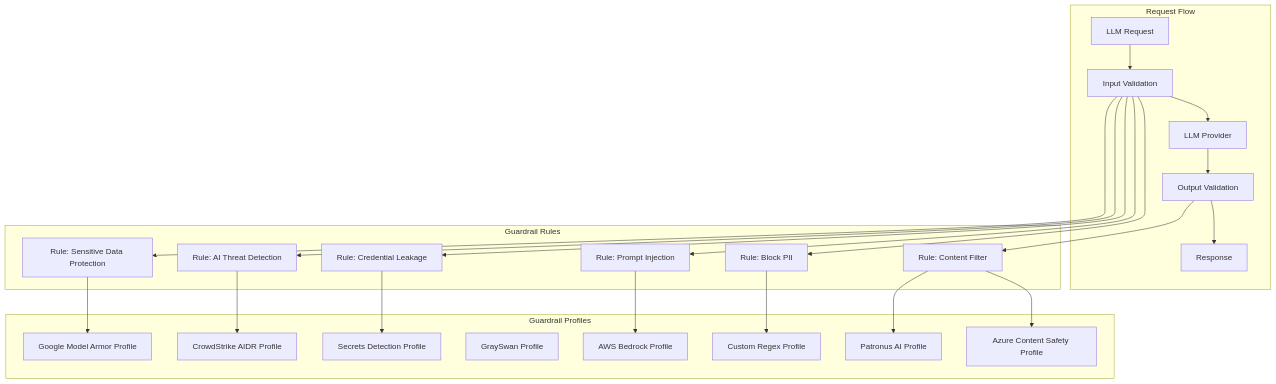
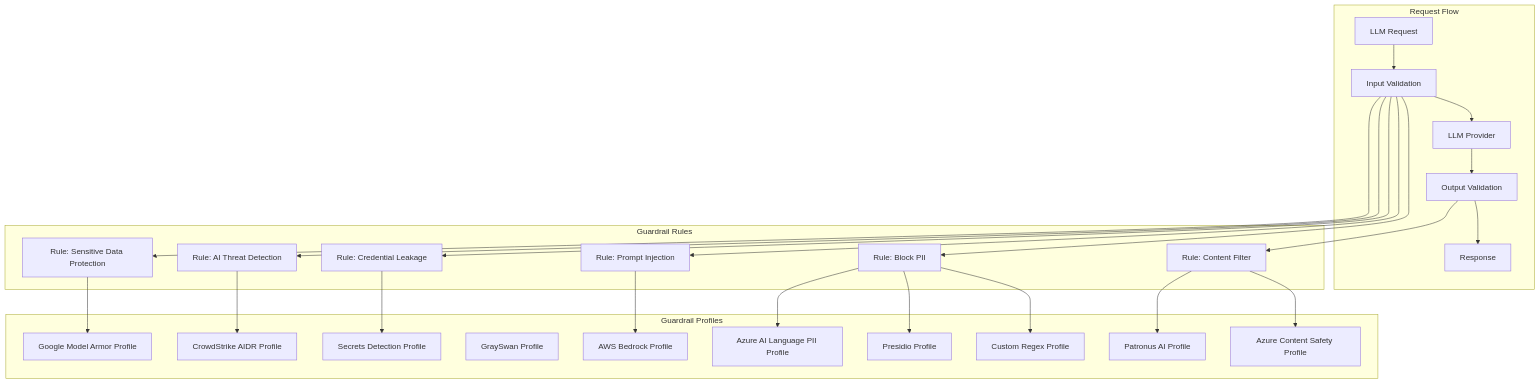
The diagram in docs/enterprise/guardrails.mdx (akhsaul/bifrost), drawn with Mermaid before and after one commit. The commit also changed other lines of this file and 16 other files, not shown here.

````diff
--- a/docs/enterprise/guardrails.mdx
+++ b/docs/enterprise/guardrails.mdx
@@ -85,44 +102,48 @@
 ```mermaid
 flowchart TB
     subgraph request_flow [Request Flow]
         Request[LLM Request] --> InputValidation[Input Validation]
         InputValidation --> LLMProvider[LLM Provider]
         LLMProvider --> OutputValidation[Output Validation]
         OutputValidation --> Response[Response]
     end
 
     subgraph rules [Guardrail Rules]
         Rule1[Rule: Block PII]
         Rule2[Rule: Content Filter]
         Rule3[Rule: Prompt Injection]
         Rule4[Rule: Credential Leakage]
         Rule5[Rule: AI Threat Detection]
         Rule6[Rule: Sensitive Data Protection]
     end
 
     subgraph profiles [Guardrail Profiles]
         Profile1[AWS Bedrock Profile]
         Profile2[Azure Content Safety Profile]
         Profile3[Patronus AI Profile]
         Profile4[GraySwan Profile]
         Profile5[Secrets Detection Profile]
         Profile6[Custom Regex Profile]
         Profile7[CrowdStrike AIDR Profile]
         Profile8[Google Model Armor Profile]
+        Profile9[Presidio Profile]
+        Profile10[Azure AI Language PII Profile]
     end
 
     InputValidation --> Rule1
     InputValidation --> Rule3
     InputValidation --> Rule4
     InputValidation --> Rule5
     InputValidation --> Rule6
     OutputValidation --> Rule2
 
     Rule1 --> Profile6
+    Rule1 --> Profile9
+    Rule1 --> Profile10
     Rule2 --> Profile2
     Rule2 --> Profile3
     Rule3 --> Profile1
     Rule4 --> Profile5
     Rule5 --> Profile7
     Rule6 --> Profile8
 ```
````
